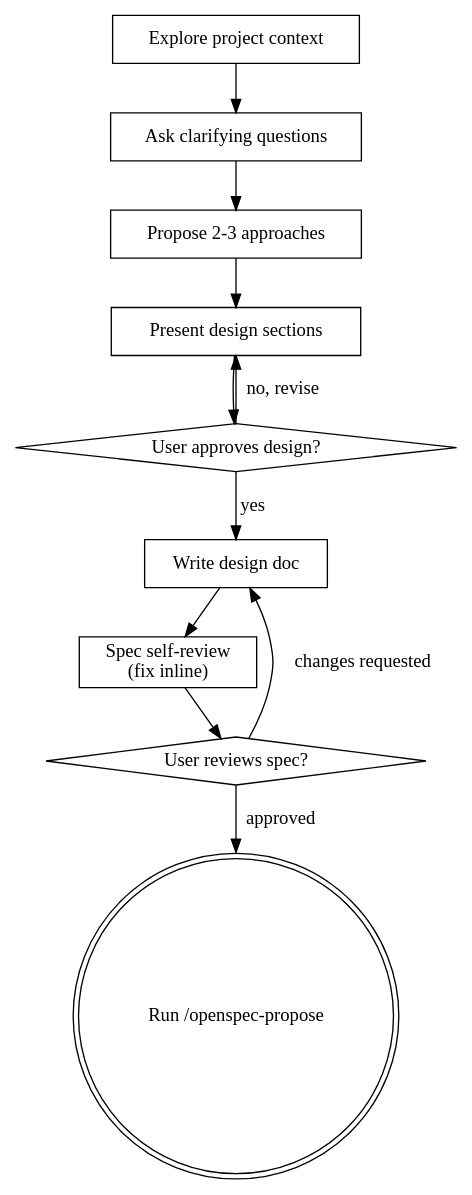
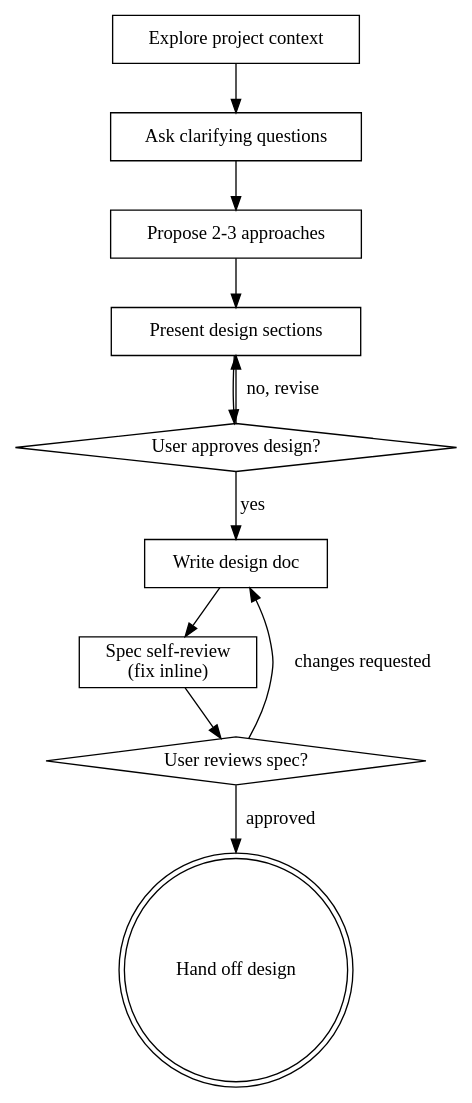
One commit to OnCloud125252/dotagents changed the diagram in skills/brainstorming/SKILL.md. Above: the diagram before and after it, drawn with Graphviz. The commit also changed other lines of this file and 1 other file, not shown here.

````diff
--- a/skills/brainstorming/SKILL.md
+++ b/skills/brainstorming/SKILL.md
@@ -38,24 +38,24 @@
 ```dot
 digraph brainstorming {
     "Explore project context" [shape=box];
     "Ask clarifying questions" [shape=box];
     "Propose 2-3 approaches" [shape=box];
     "Present design sections" [shape=box];
     "User approves design?" [shape=diamond];
     "Write design doc" [shape=box];
     "Spec self-review\n(fix inline)" [shape=box];
     "User reviews spec?" [shape=diamond];
-    "Run /openspec-propose" [shape=doublecircle];
+    "Hand off design" [shape=doublecircle];
 
     "Explore project context" -> "Ask clarifying questions";
     "Ask clarifying questions" -> "Propose 2-3 approaches";
     "Propose 2-3 approaches" -> "Present design sections";
     "Present design sections" -> "User approves design?";
     "User approves design?" -> "Present design sections" [label="no, revise"];
     "User approves design?" -> "Write design doc" [label="yes"];
     "Write design doc" -> "Spec self-review\n(fix inline)";
     "Spec self-review\n(fix inline)" -> "User reviews spec?";
     "User reviews spec?" -> "Write design doc" [label="changes requested"];
-    "User reviews spec?" -> "Run /openspec-propose" [label="approved"];
+    "User reviews spec?" -> "Hand off design" [label="approved"];
 }
 ```
````
